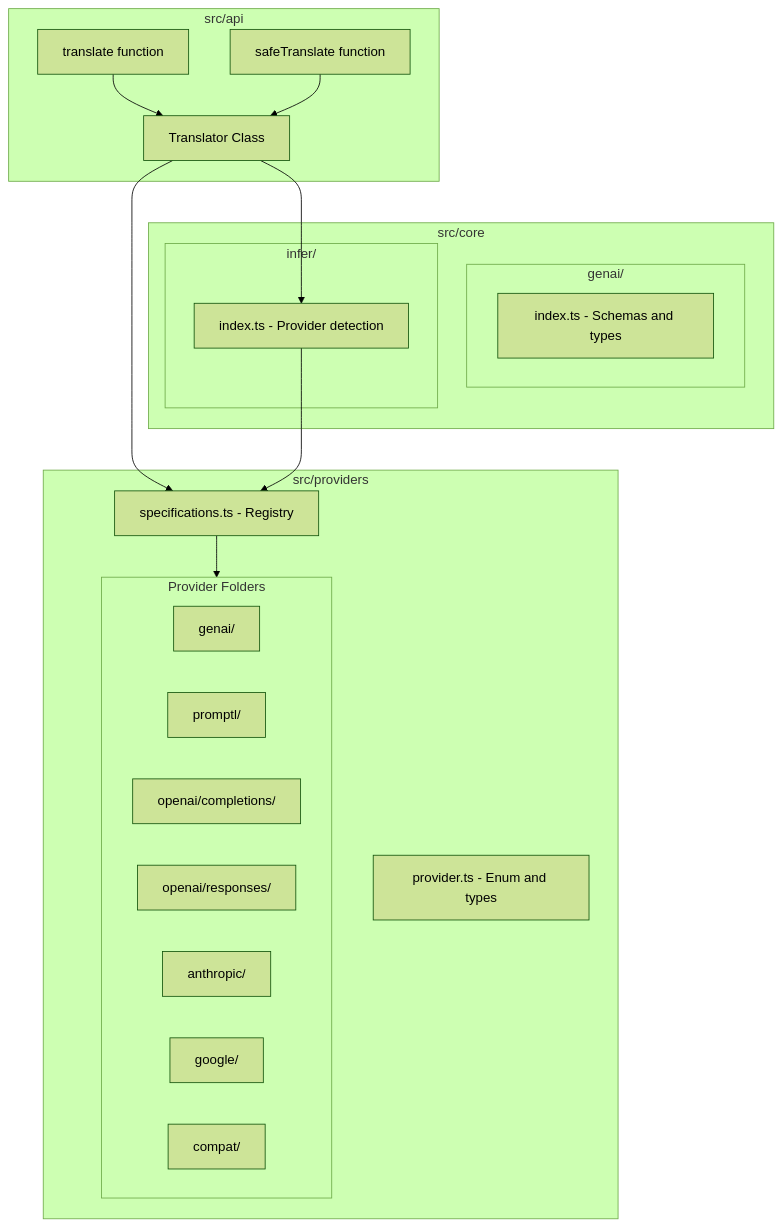
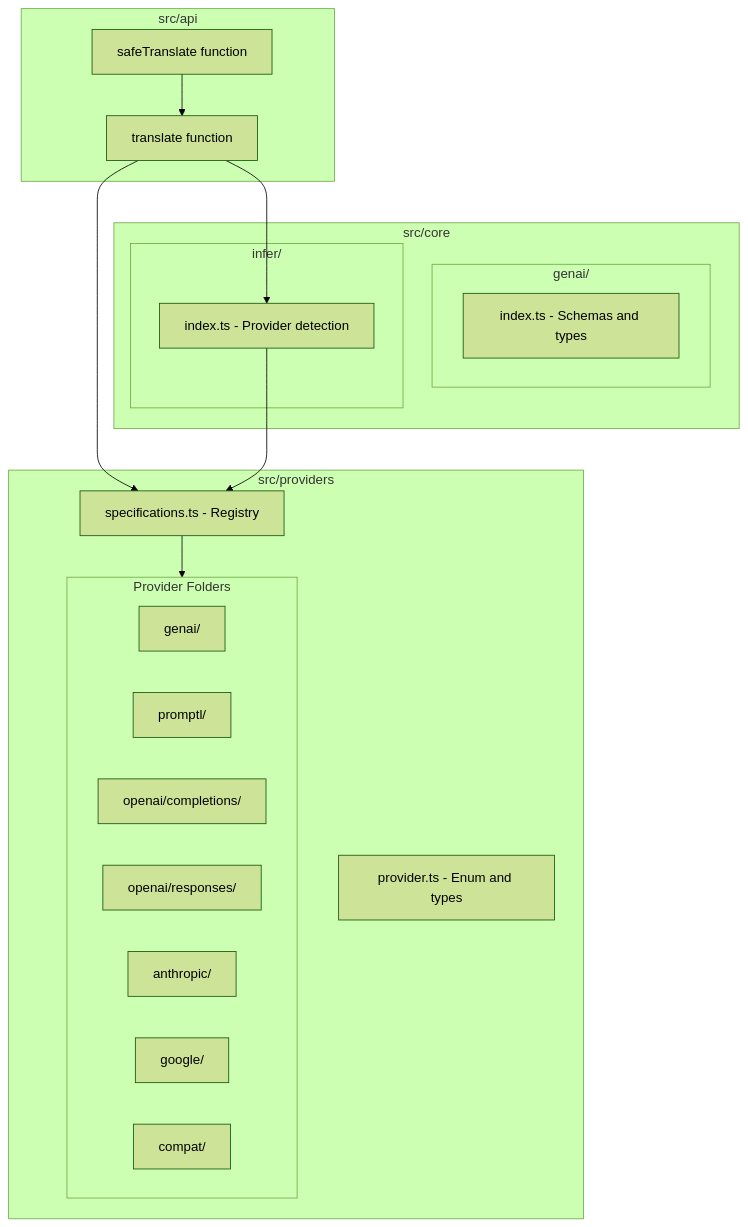
Before and after one commit to latitude-dev/rosetta-js: the diagram in AGENTS.md, drawn with Mermaid (forest theme). The commit also changed other lines of this file and 7 other files, not shown here.

````diff
--- a/AGENTS.md
+++ b/AGENTS.md
@@ -24,38 +24,36 @@
 ```mermaid
 flowchart TB
     subgraph api [src/api]
-        Translator[Translator Class]
-        translate[translate function]
-        safeTranslate[safeTranslate function]
+        translateFn[translate function]
+        safeTranslateFn[safeTranslate function]
     end
 
     subgraph core [src/core]
         subgraph genai [genai/]
             genaiIndex[index.ts - Schemas and types]
         end
         subgraph infer [infer/]
             inferIndex[index.ts - Provider detection]
         end
     end
 
     subgraph providers [src/providers]
         providerTypes[provider.ts - Enum and types]
         specifications[specifications.ts - Registry]
         subgraph providerFolders [Provider Folders]
             genaiProvider[genai/]
             promptlProvider[promptl/]
             openaiCompletionsProvider[openai/completions/]
             openaiResponsesProvider[openai/responses/]
             anthropicProvider[anthropic/]
             googleProvider[google/]
             compatProvider[compat/]
         end
     end
 
-    translate --> Translator
-    safeTranslate --> Translator
-    Translator --> specifications
+    translateFn --> specifications
+    safeTranslateFn --> translateFn
+    translateFn --> inferIndex
     specifications --> providerFolders
-    Translator --> inferIndex
     inferIndex --> specifications
 ```
````
